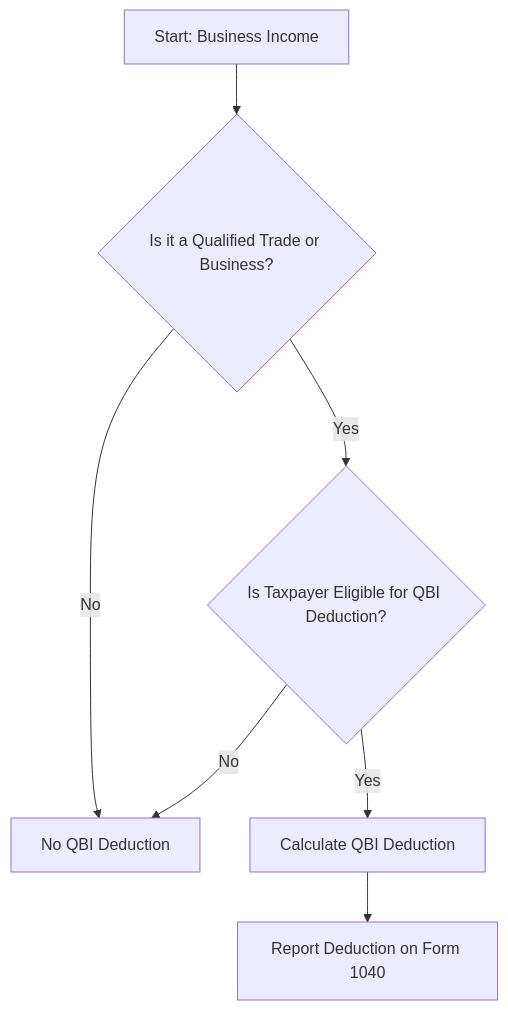
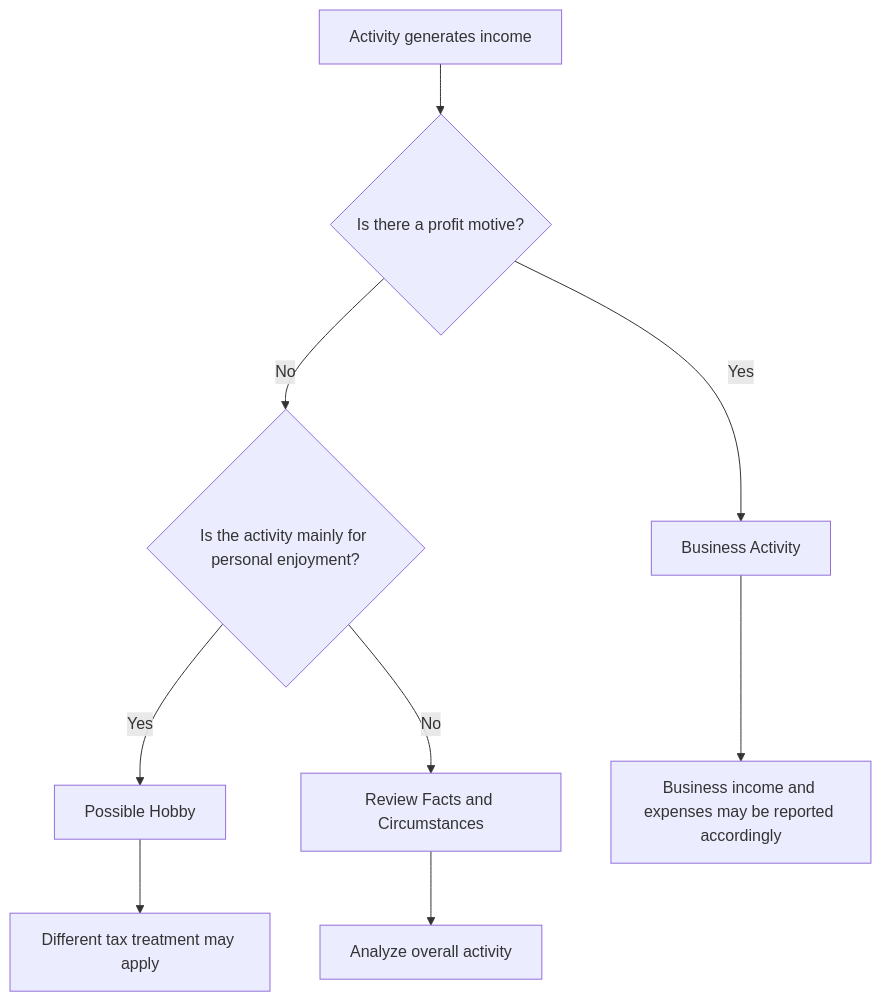
Before and after one commit to hema2575/Taxes: the diagram in qbi-decision-tree.md, drawn with Mermaid. The commit also changed other lines of this file, not shown here.

````diff
--- a/qbi-decision-tree.md
+++ b/qbi-decision-tree.md
@@ -5,12 +7,14 @@
 ```mermaid
 flowchart TD
-    A[Start: Business Income] --> B{Is it a Qualified Trade or Business?}
+    A[Activity generates income] --> B{Is there a profit motive?}
 
-    B -->|Yes| C{Is Taxpayer Eligible for QBI Deduction?}
-    B -->|No| D[No QBI Deduction]
+    B -->|Yes| C[Business Activity]
+    B -->|No| D{Is the activity mainly for personal enjoyment?}
 
-    C -->|Yes| E[Calculate QBI Deduction]
-    C -->|No| D
+    D -->|Yes| E[Possible Hobby]
+    D -->|No| F[Review Facts and Circumstances]
 
-    E --> F[Report Deduction on Form 1040]
+    C --> G[Business income and expenses may be reported accordingly]
+    E --> H[Different tax treatment may apply]
+    F --> I[Analyze overall activity]
 ```
````
